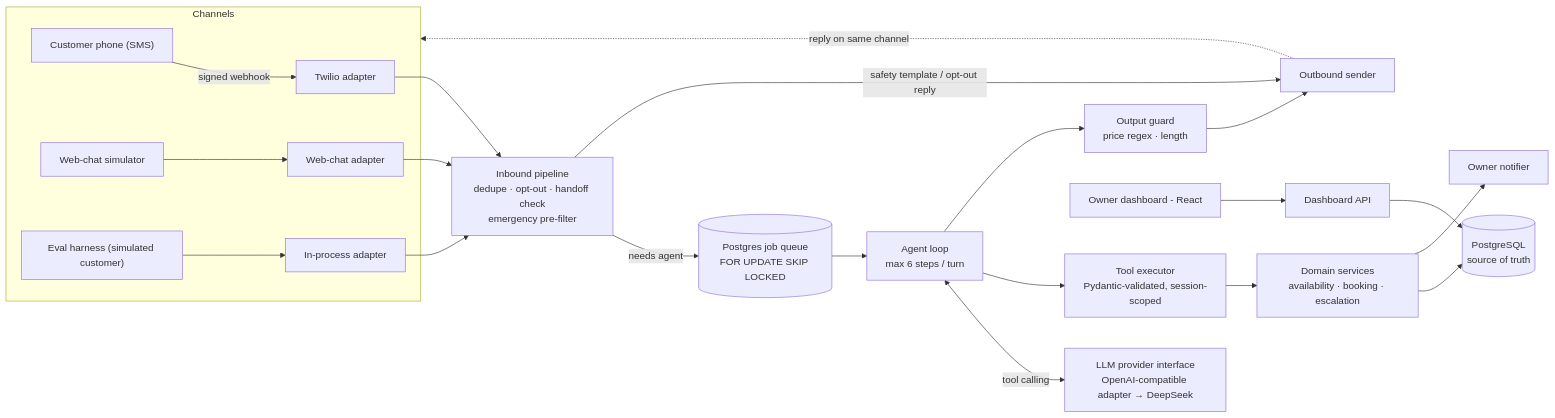
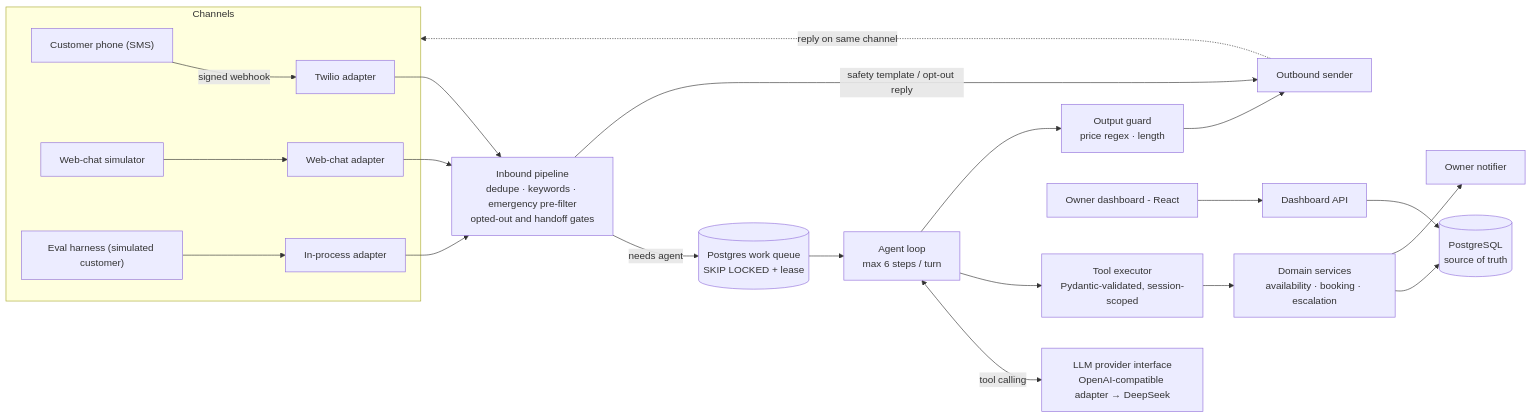
Before and after one commit to anuj13579/sms-booking-agent: the first of 3 diagrams in docs/DESIGN.md, drawn with Mermaid. The commit also changed other lines of this file and 5 other files, not shown here.

````diff
--- a/docs/DESIGN.md
+++ b/docs/DESIGN.md
@@ -38,21 +38,21 @@
 ```mermaid
 flowchart LR
   subgraph CH[Channels]
     SMS["Customer phone (SMS)"] -->|signed webhook| TW[Twilio adapter]
     WEB[Web-chat simulator] --> WC[Web-chat adapter]
     SIM["Eval harness (simulated customer)"] --> IP[In-process adapter]
   end
-  TW & WC & IP --> PIPE["Inbound pipeline<br/>dedupe · opt-out · handoff check<br/>emergency pre-filter"]
-  PIPE -->|needs agent| Q[("Postgres job queue<br/>FOR UPDATE SKIP LOCKED")]
+  TW & WC & IP --> PIPE["Inbound pipeline<br/>dedupe · keywords · emergency pre-filter<br/>opted-out and handoff gates"]
+  PIPE -->|needs agent| Q[("Postgres work queue<br/>SKIP LOCKED + lease")]
   Q --> AG["Agent loop<br/>max 6 steps / turn"]
   AG <-->|tool calling| LLM["LLM provider interface<br/>OpenAI-compatible adapter → DeepSeek"]
   AG --> EX["Tool executor<br/>Pydantic-validated, session-scoped"]
   EX --> DOM["Domain services<br/>availability · booking · escalation"]
   DOM --> DB[("PostgreSQL<br/>source of truth")]
   AG --> GUARD["Output guard<br/>price regex · length"]
   GUARD --> OUT[Outbound sender]
   PIPE -->|safety template / opt-out reply| OUT
   OUT -.->|reply on same channel| CH
   DOM --> NOTIFY[Owner notifier]
   DASH[Owner dashboard - React] --> API[Dashboard API] --> DB
 ```
````
